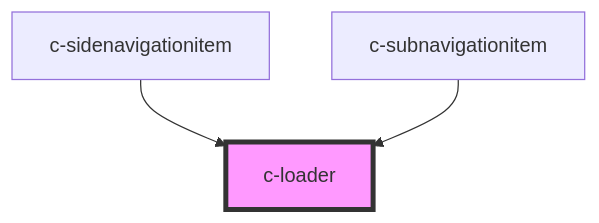
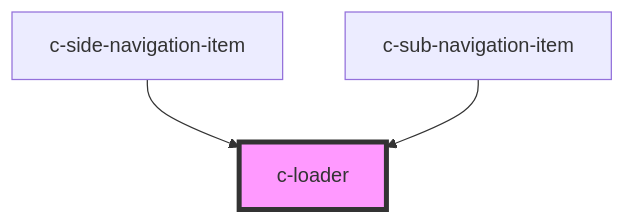
The diagram in packages/csc-ui/src/components/c-loader/readme.md (CSCfi/ui), drawn with Mermaid before and after one commit. The commit also changed other lines of this file and 49 other files, not shown here.

Commit message:
Rename side navigation components. c-swiper colors

````diff
--- a/packages/csc-ui/src/components/c-loader/readme.md
+++ b/packages/csc-ui/src/components/c-loader/readme.md
@@ -29,6 +27,6 @@
 ```mermaid
 graph TD;
-  c-sidenavigationitem --> c-loader
-  c-subnavigationitem --> c-loader
+  c-side-navigation-item --> c-loader
+  c-sub-navigation-item --> c-loader
   style c-loader fill:#f9f,stroke:#333,stroke-width:4px
 ```
````
